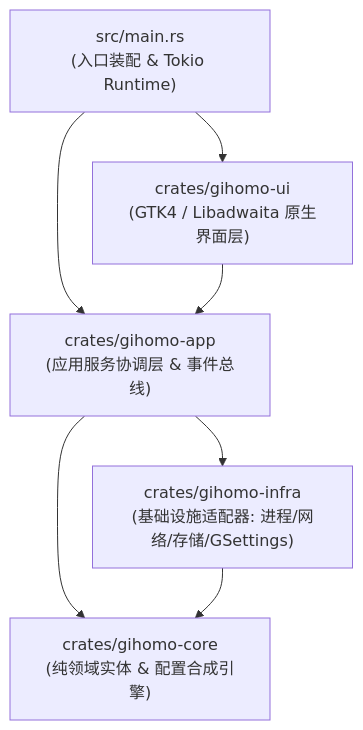
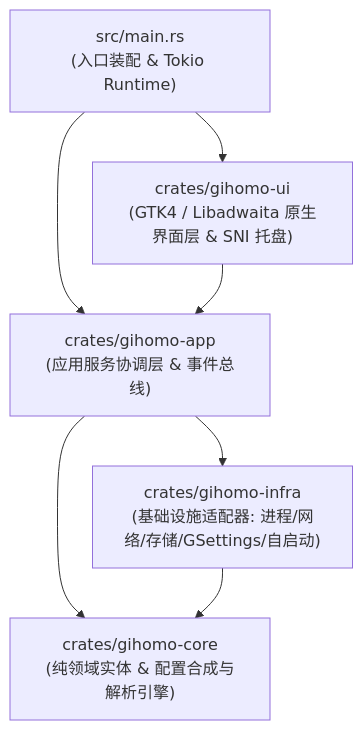
The diagram in docs/Gihomo Architecture.md (zhanmq-artforge/gihomo), drawn with Mermaid before and after one commit. The commit also changed other lines of this file and 27 other files, not shown here.

````diff
--- a/docs/Gihomo Architecture.md
+++ b/docs/Gihomo Architecture.md
@@ -26,15 +26,15 @@
 ```mermaid
 graph TD
-    UI["crates/gihomo-ui<br/>(GTK4 / Libadwaita 原生界面层)"]
+    UI["crates/gihomo-ui<br/>(GTK4 / Libadwaita 原生界面层 & SNI 托盘)"]
     APP["crates/gihomo-app<br/>(应用服务协调层 & 事件总线)"]
-    CORE["crates/gihomo-core<br/>(纯领域实体 & 配置合成引擎)"]
-    INFRA["crates/gihomo-infra<br/>(基础设施适配器: 进程/网络/存储/GSettings)"]
+    CORE["crates/gihomo-core<br/>(纯领域实体 & 配置合成与解析引擎)"]
+    INFRA["crates/gihomo-infra<br/>(基础设施适配器: 进程/网络/存储/GSettings/自启动)"]
     MAIN["src/main.rs<br/>(入口装配 & Tokio Runtime)"]
 
     MAIN --> UI
     MAIN --> APP
     UI --> APP
     APP --> CORE
     APP --> INFRA
     INFRA --> CORE
 ```
````
